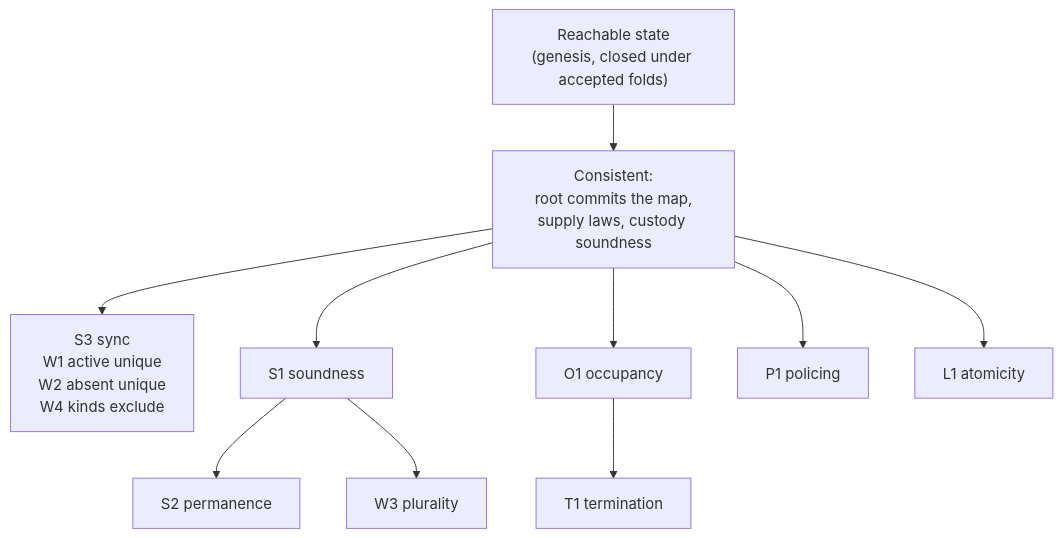
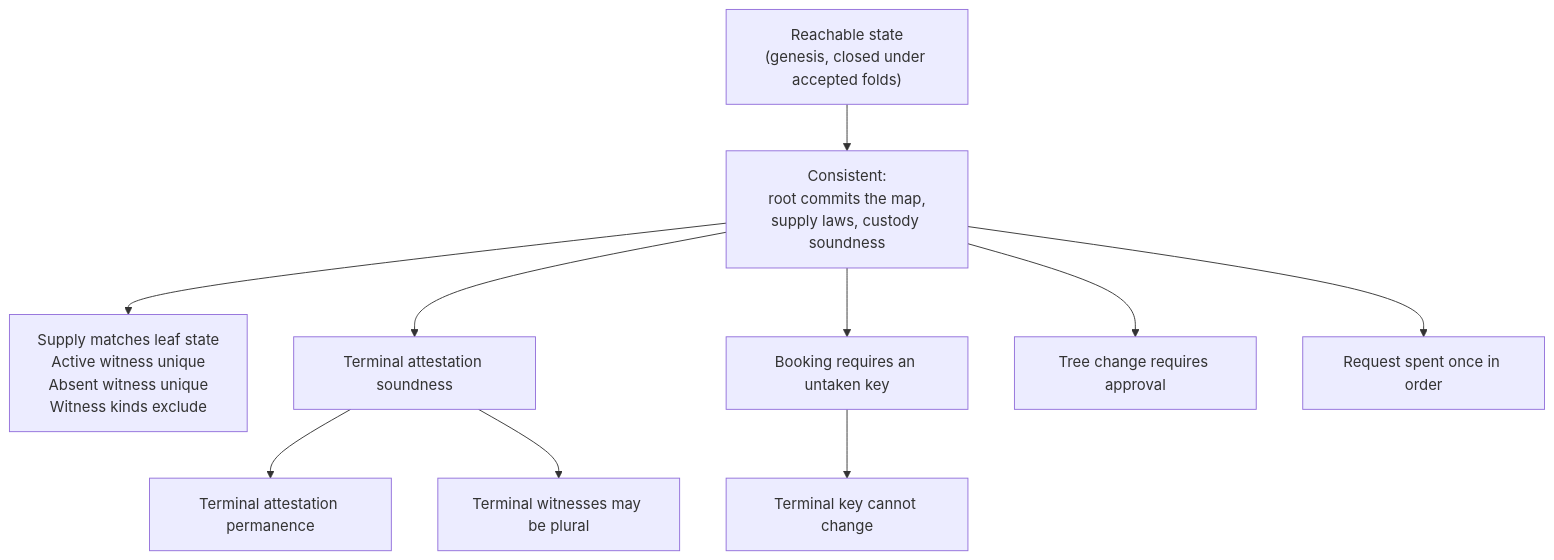
Before and after one commit to lambdasistemi/singular: the diagram in docs/theorems.md, drawn with Mermaid. The commit also changed 124 other files, not shown here.

````diff
--- a/docs/theorems.md
+++ b/docs/theorems.md
@@ -21,12 +21,12 @@
 ```mermaid
 flowchart TD
     G["Reachable state<br/>(genesis, closed under accepted folds)"] --> C["Consistent:<br/>root commits the map,<br/>supply laws, custody soundness"]
-    C --> S3["S3 sync<br/>W1 active unique<br/>W2 absent unique<br/>W4 kinds exclude"]
-    C --> S1["S1 soundness"]
-    S1 --> S2["S2 permanence"]
-    C --> O1["O1 occupancy"]
-    O1 --> T1["T1 termination"]
-    C --> P1["P1 policing"]
-    C --> L1["L1 atomicity"]
-    S1 --> W3["W3 plurality"]
+    C --> S3["Supply matches leaf state<br/>Active witness unique<br/>Absent witness unique<br/>Witness kinds exclude"]
+    C --> S1["Terminal attestation soundness"]
+    S1 --> S2["Terminal attestation permanence"]
+    C --> O1["Booking requires an untaken key"]
+    O1 --> T1["Terminal key cannot change"]
+    C --> P1["Tree change requires approval"]
+    C --> L1["Request spent once in order"]
+    S1 --> W3["Terminal witnesses may be plural"]
 ```
````
